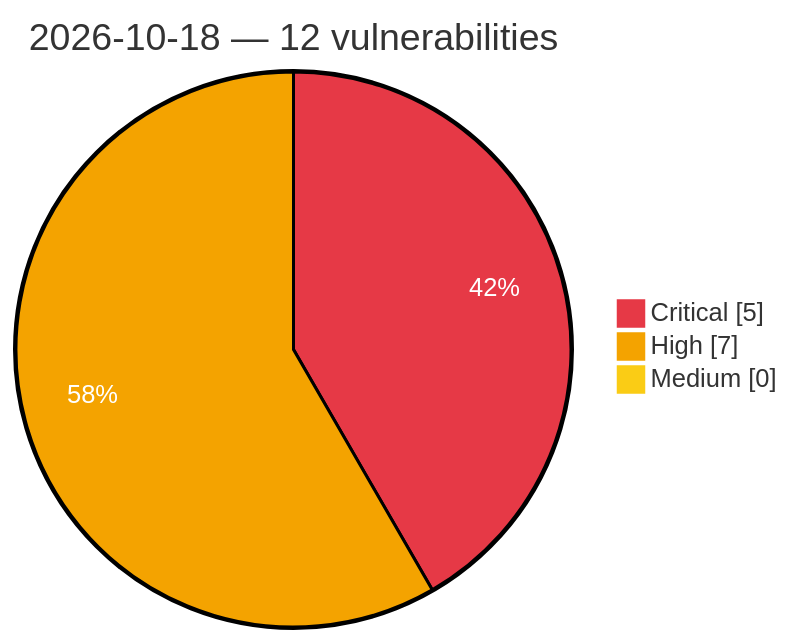
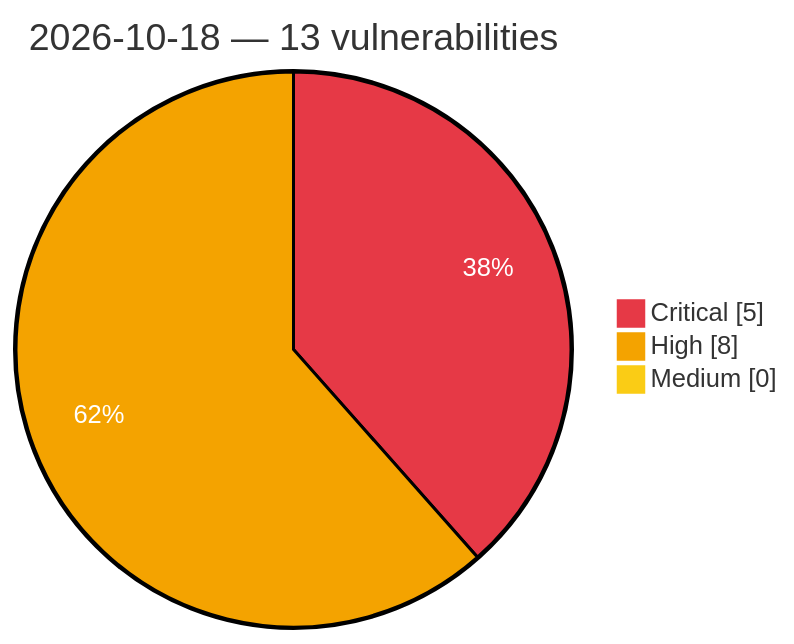
One commit to GhostX0X/vuln-tracker changed the diagram in vulnerabilities/2026/October/2026-10-18.md. Above: the diagram before and after it, drawn with Mermaid. The commit also changed other lines of this file and 5 other files, not shown here.

````diff
--- a/vulnerabilities/2026/October/2026-10-18.md
+++ b/vulnerabilities/2026/October/2026-10-18.md
@@ -3,8 +3,8 @@
 ```mermaid
 %%{init: {'theme':'base', 'themeVariables': {'pie1':'#e63946', 'pie2':'#f4a300', 'pie3':'#facc15', 'pieOpacity':'1', 'pieOuterStrokeWidth':'2px', 'pieSectionTextColor':'#ffffff'}}}%%
 pie showData
-    title 2026-10-18 — 12 vulnerabilities
+    title 2026-10-18 — 13 vulnerabilities
     "Critical" : 5
-    "High" : 7
+    "High" : 8
     "Medium" : 0
 ```
````
